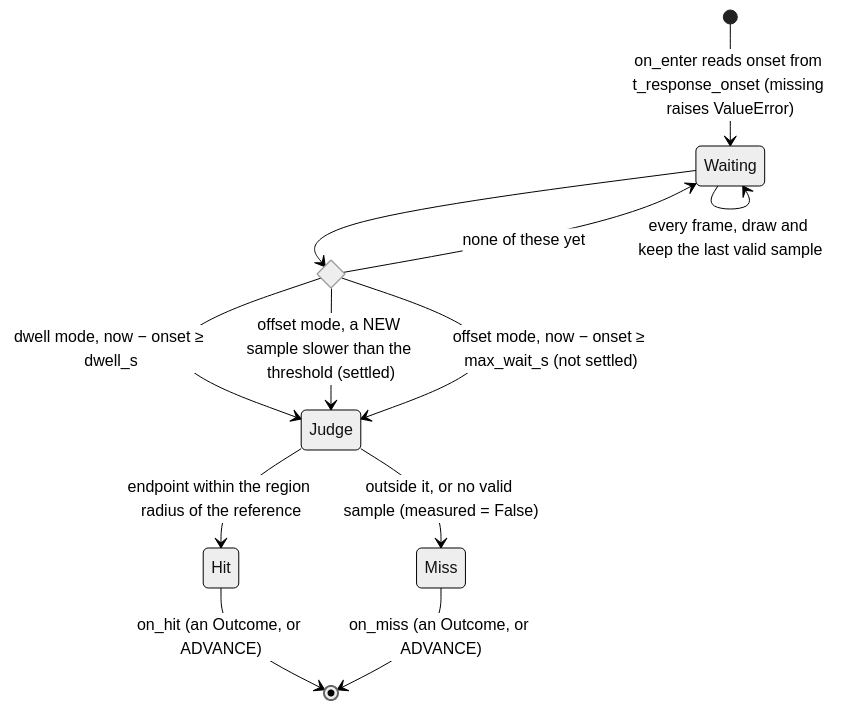
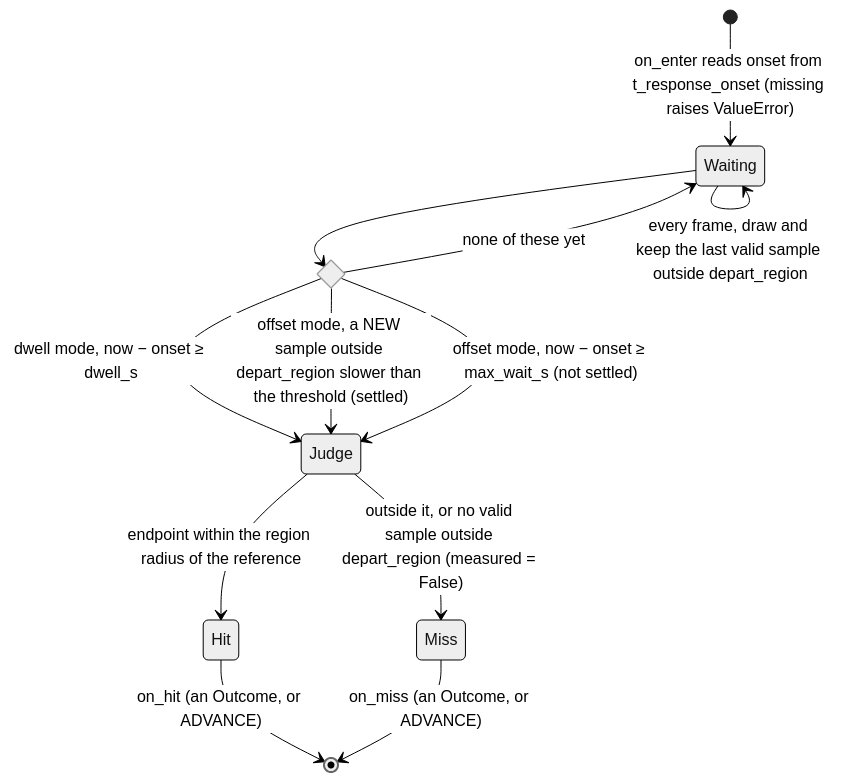
One commit to sh4r11f/alhazen changed the third of 6 diagrams in docs/architecture.md. Above: the diagram before and after it, drawn with Mermaid (neutral theme). The commit also changed other lines of this file and 3 other files, not shown here.

````diff
--- a/docs/architecture.md
+++ b/docs/architecture.md
@@ -439,15 +439,15 @@
 ```mermaid
 stateDiagram-v2
     [*] --> Waiting: on_enter reads onset from t_response_onset (missing raises ValueError)
-    Waiting --> Waiting: every frame, draw and keep the last valid sample
+    Waiting --> Waiting: every frame, draw and keep the last valid sample outside depart_region
     state ends <<choice>>
     Waiting --> ends
     ends --> Judge: dwell mode, now − onset ≥ dwell_s
-    ends --> Judge: offset mode, a NEW sample slower than the threshold (settled)
+    ends --> Judge: offset mode, a NEW sample outside depart_region slower than the threshold (settled)
     ends --> Judge: offset mode, now − onset ≥ max_wait_s (not settled)
     ends --> Waiting: none of these yet
     Judge --> Hit: endpoint within the region radius of the reference
-    Judge --> Miss: outside it, or no valid sample (measured = False)
+    Judge --> Miss: outside it, or no valid sample outside depart_region (measured = False)
     Hit --> [*]: on_hit (an Outcome, or ADVANCE)
     Miss --> [*]: on_miss (an Outcome, or ADVANCE)
 ```
````
